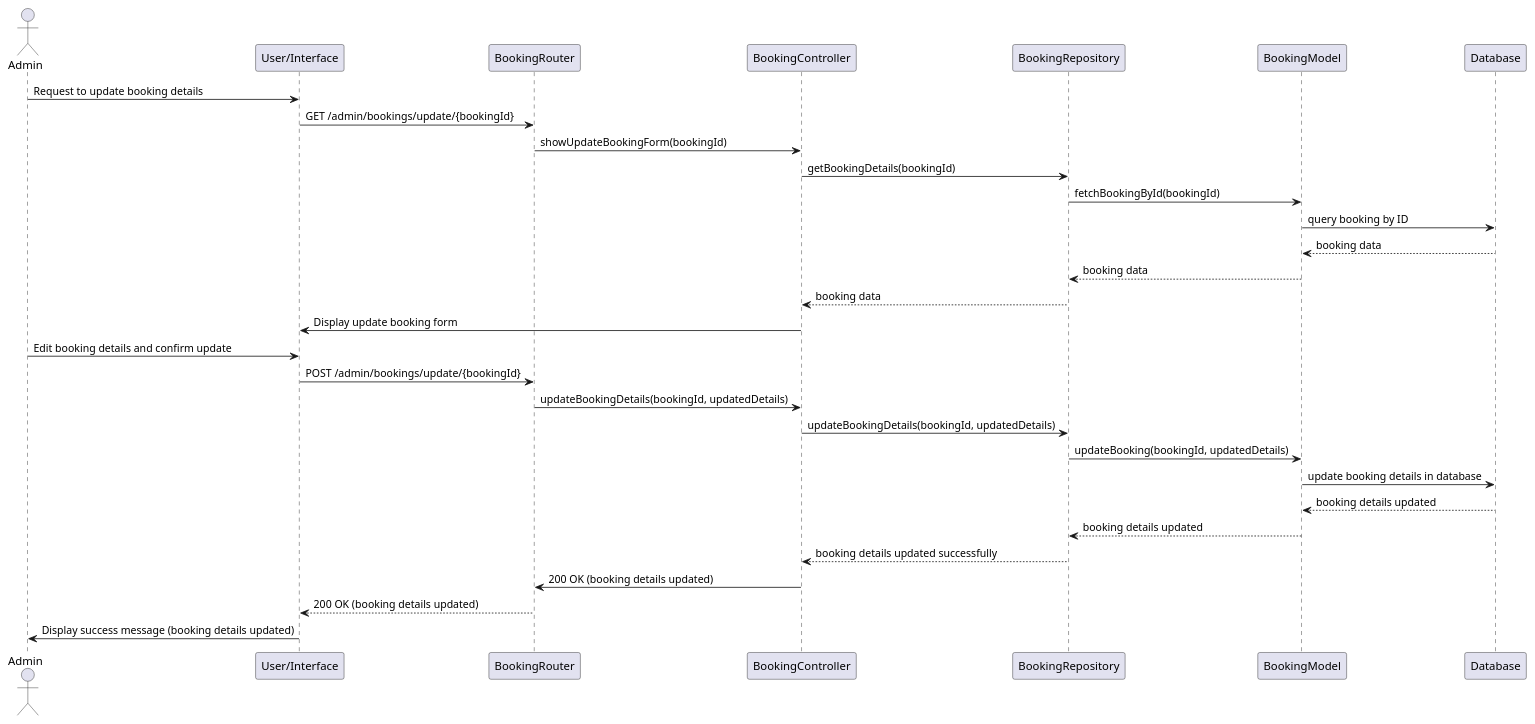
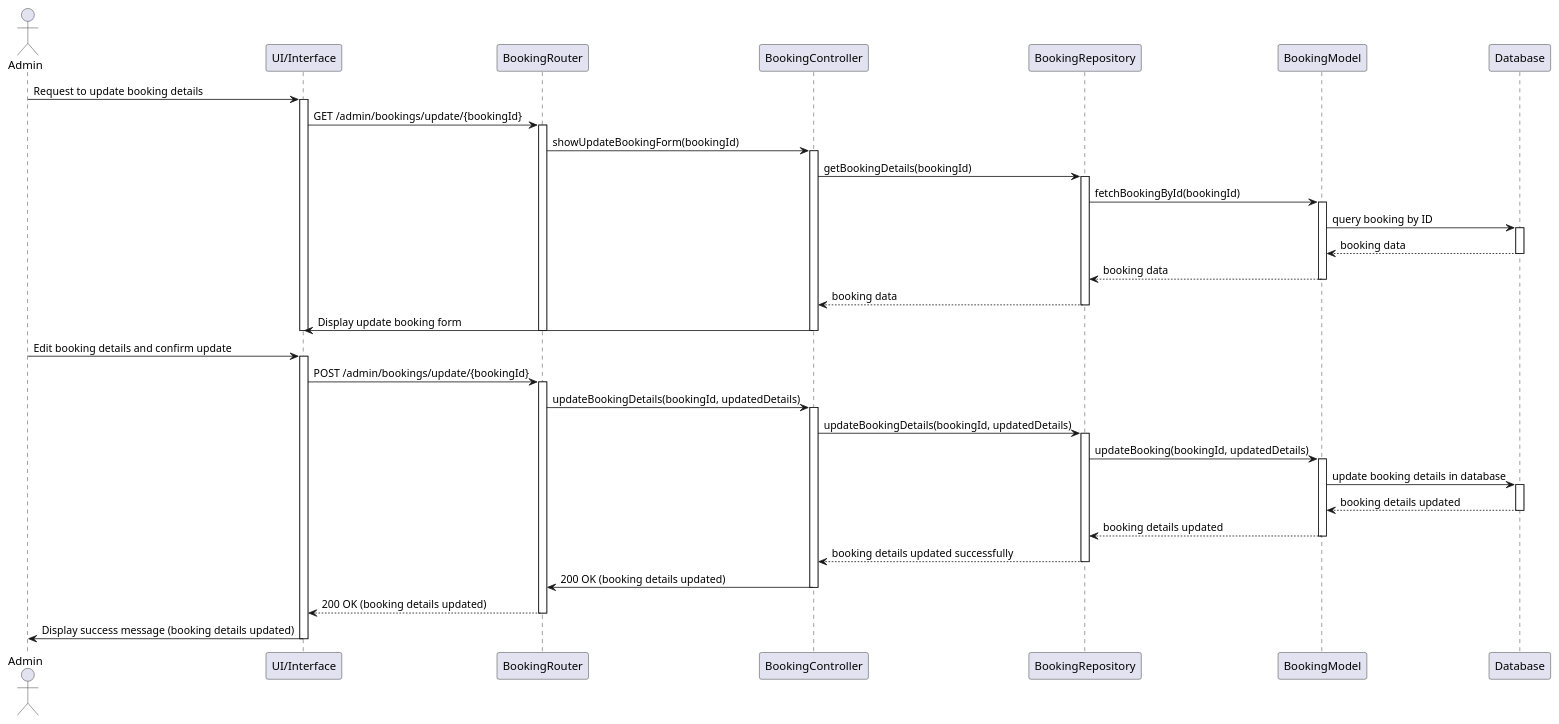
The diagram in backend/ClassDiagram/Admin/Update booking detail.puml (trongend123/HuongSen), drawn with PlantUML before and after one commit. The commit also changed 162 other files, not shown here.

Commit message:
add sequence

```diff
--- a/backend/ClassDiagram/Admin/Update booking detail.puml
+++ b/backend/ClassDiagram/Admin/Update booking detail.puml
@@ -1,37 +1,61 @@
 @startuml
 actor Admin
-participant "User/Interface" as UI
+participant "UI/Interface" as UI
 participant "BookingRouter" as Router
 participant "BookingController" as Controller
 participant "BookingRepository" as Repository
 participant "BookingModel" as BookingModel
 participant "Database" as DB
 
 Admin -> UI: Request to update booking details
+activate UI
 UI -> Router: GET /admin/bookings/update/{bookingId}
+activate Router
 Router -> Controller: showUpdateBookingForm(bookingId)
+activate Controller
 Controller -> Repository: getBookingDetails(bookingId)
+activate Repository
 
 Repository -> BookingModel: fetchBookingById(bookingId)
+activate BookingModel
 BookingModel -> DB: query booking by ID
+activate DB
 DB --> BookingModel: booking data
+deactivate DB
 BookingModel --> Repository: booking data
+deactivate BookingModel
 Repository --> Controller: booking data
+deactivate Repository
 
 Controller -> UI: Display update booking form
+deactivate Controller
+deactivate Router
+deactivate UI
 
 Admin -> UI: Edit booking details and confirm update
+activate UI
 UI -> Router: POST /admin/bookings/update/{bookingId}
+activate Router
 Router -> Controller: updateBookingDetails(bookingId, updatedDetails)
+activate Controller
 Controller -> Repository: updateBookingDetails(bookingId, updatedDetails)
+activate Repository
 
 Repository -> BookingModel: updateBooking(bookingId, updatedDetails)
+activate BookingModel
 BookingModel -> DB: update booking details in database
+activate DB
 DB --> BookingModel: booking details updated
+deactivate DB
 BookingModel --> Repository: booking details updated
+deactivate BookingModel
 Repository --> Controller: booking details updated successfully
+deactivate Repository
 
 Controller -> Router: 200 OK (booking details updated)
+deactivate Controller
 Router --> UI: 200 OK (booking details updated)
+deactivate Router
 UI -> Admin: Display success message (booking details updated)
+deactivate UI
 @enduml
```
